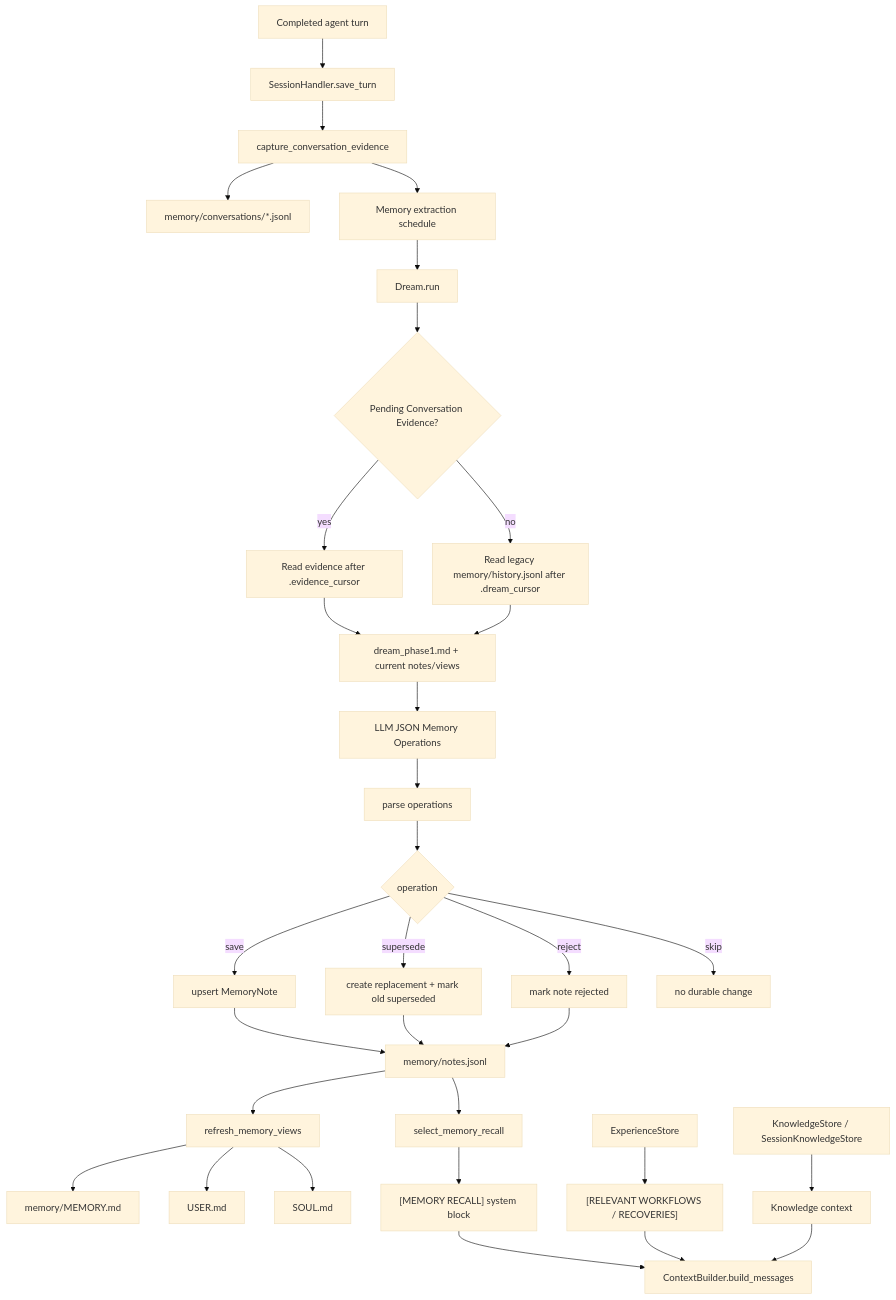
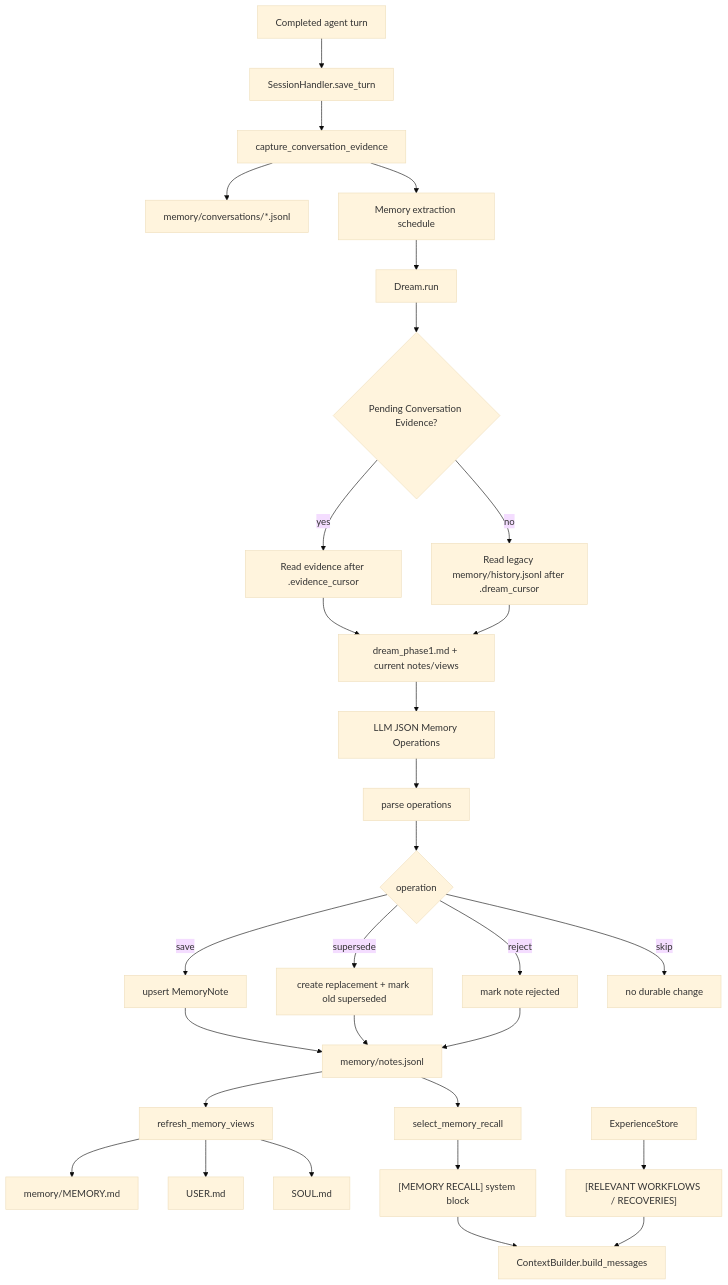
One commit to SudoJacky/tinybot changed the first of 2 diagrams in README.md. Above: the diagram before and after it, drawn with Mermaid (base theme). The commit also changed other lines of this file and 82 other files, not shown here.

````diff
--- a/README.md
+++ b/README.md
@@ -40,41 +40,39 @@
 ```mermaid
 flowchart TD
     UserTurn["Completed agent turn"] --> SaveSession["SessionHandler.save_turn"]
     SaveSession --> CaptureEvidence["capture_conversation_evidence"]
     CaptureEvidence --> EvidenceFiles["memory/conversations/*.jsonl"]
     CaptureEvidence --> Schedule["Memory extraction schedule"]
 
     Schedule --> DreamRun["Dream.run"]
     DreamRun --> HasEvidence{"Pending Conversation Evidence?"}
     HasEvidence -->|yes| EvidenceBatch["Read evidence after .evidence_cursor"]
     HasEvidence -->|no| LegacyBatch["Read legacy memory/history.jsonl after .dream_cursor"]
 
     EvidenceBatch --> Prompt["dream_phase1.md + current notes/views"]
     LegacyBatch --> Prompt
     Prompt --> LLMOps["LLM JSON Memory Operations"]
     LLMOps --> ParseOps["parse operations"]
 
     ParseOps --> OpType{"operation"}
     OpType -->|save| SaveNote["upsert MemoryNote"]
     OpType -->|supersede| Supersede["create replacement + mark old superseded"]
     OpType -->|reject| Reject["mark note rejected"]
     OpType -->|skip| Noop["no durable change"]
 
     SaveNote --> Notes["memory/notes.jsonl"]
     Supersede --> Notes
     Reject --> Notes
 
     Notes --> RefreshViews["refresh_memory_views"]
     RefreshViews --> ProjectView["memory/MEMORY.md"]
     RefreshViews --> UserView["USER.md"]
     RefreshViews --> SoulView["SOUL.md"]
 
     Notes --> RecallSelect["select_memory_recall"]
     RecallSelect --> RecallBlock["[MEMORY RECALL] system block"]
     RecallBlock --> AgentContext["ContextBuilder.build_messages"]
 
     Experience["ExperienceStore"] --> ExperienceBlock["[RELEVANT WORKFLOWS / RECOVERIES]"]
-    Knowledge["KnowledgeStore / SessionKnowledgeStore"] --> KnowledgeBlock["Knowledge context"]
     ExperienceBlock --> AgentContext
-    KnowledgeBlock --> AgentContext
 ```
````
